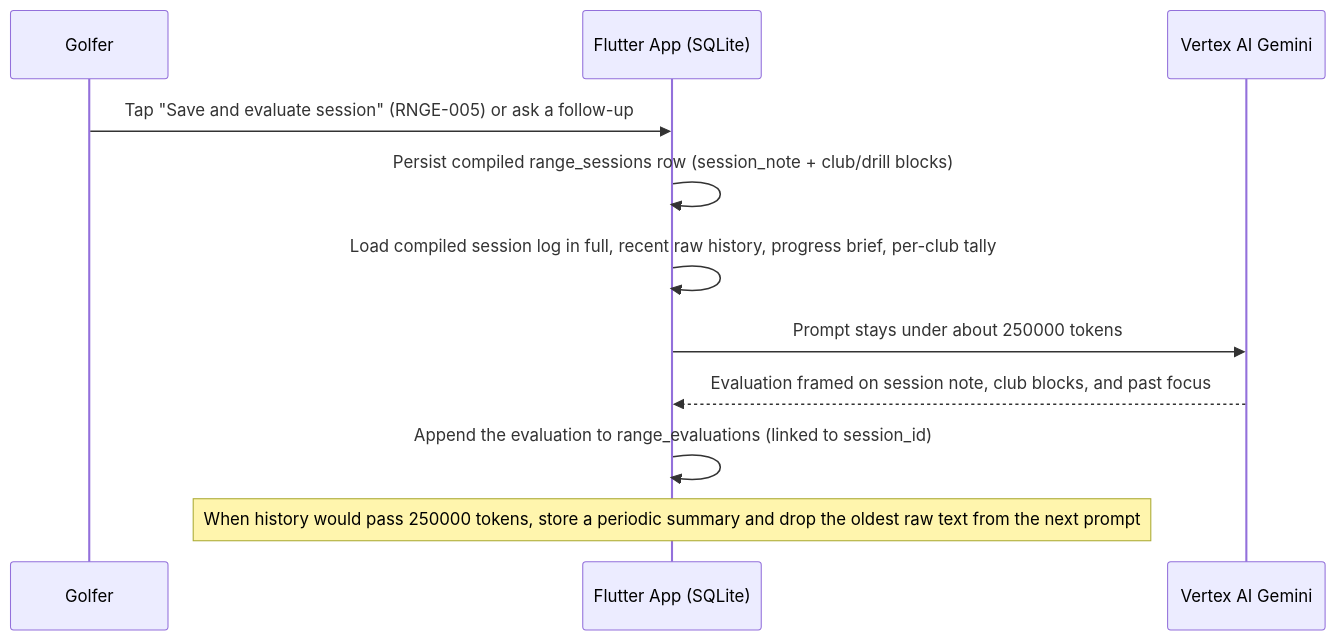
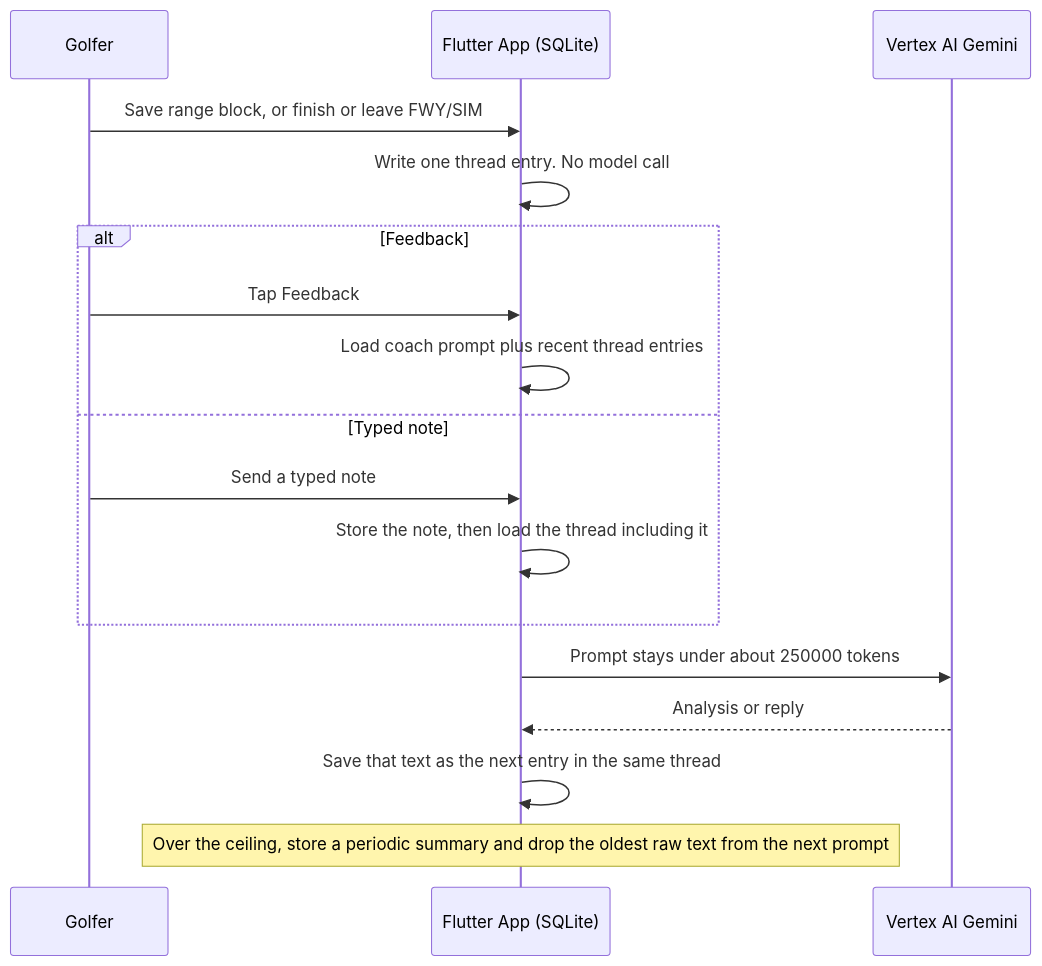
One commit to ograva/My-Golf-Diary changed the fourth of 4 diagrams in docs/context/Architecture.md. Above: the diagram before and after it, drawn with Mermaid. The commit also changed other lines of this file, not shown here.

First line of the commit message:
docs(Architecture): align §5.7 with the RNGE-004 diary thread (#81)

````diff
--- a/docs/context/Architecture.md
+++ b/docs/context/Architecture.md
@@ -304,14 +315,20 @@
 ```mermaid
 sequenceDiagram
   participant User as Golfer
   participant App as Flutter App (SQLite)
   participant AI as Vertex AI Gemini
 
-  User->>App: Tap "Save and evaluate session" (RNGE-005) or ask a follow-up
-  App->>App: Persist compiled range_sessions row (session_note + club/drill blocks)
-  App->>App: Load compiled session log in full, recent raw history, progress brief, per-club tally
+  User->>App: Save range block, or finish or leave FWY/SIM
+  App->>App: Write one thread entry. No model call
+  alt Feedback
+    User->>App: Tap Feedback
+    App->>App: Load coach prompt plus recent thread entries
+  else Typed note
+    User->>App: Send a typed note
+    App->>App: Store the note, then load the thread including it
+  end
   App->>AI: Prompt stays under about 250000 tokens
-  AI-->>App: Evaluation framed on session note, club blocks, and past focus
-  App->>App: Append the evaluation to range_evaluations (linked to session_id)
-  Note over App: When history would pass 250000 tokens, store a periodic summary and drop the oldest raw text from the next prompt
+  AI-->>App: Analysis or reply
+  App->>App: Save that text as the next entry in the same thread
+  Note over App: Over the ceiling, store a periodic summary and drop the oldest raw text from the next prompt
 ```
````
